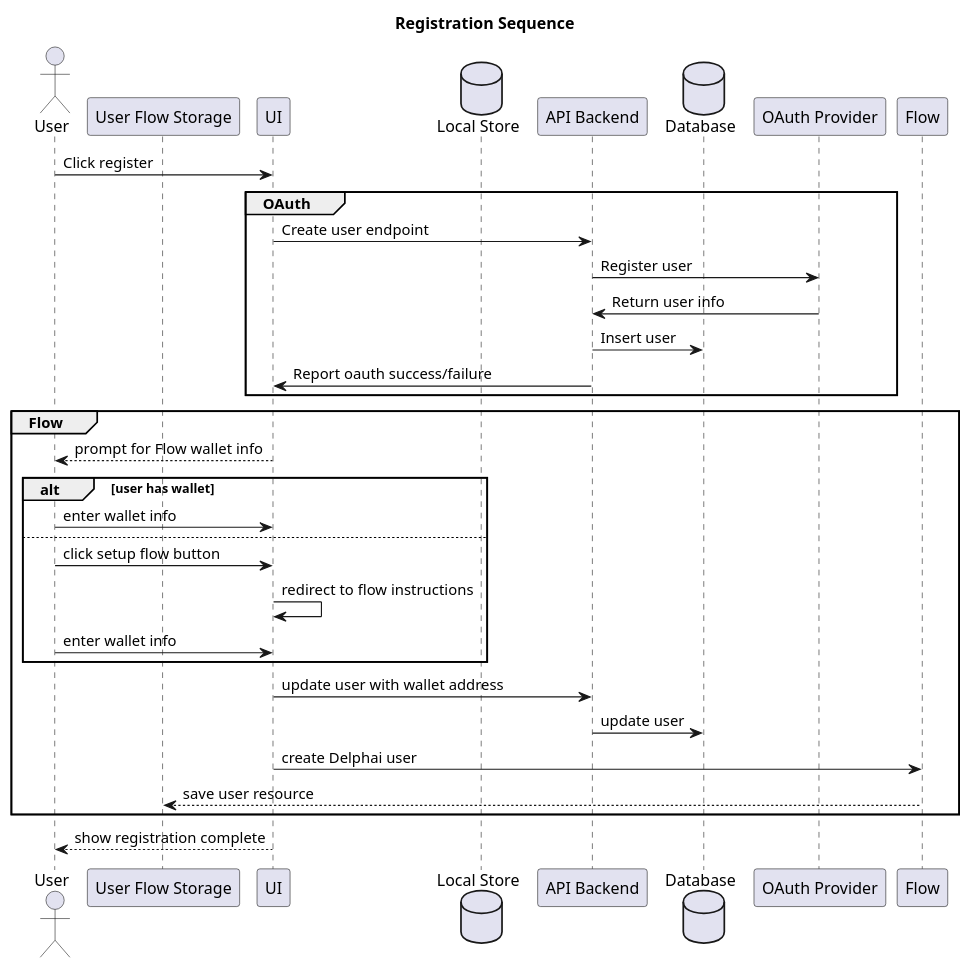
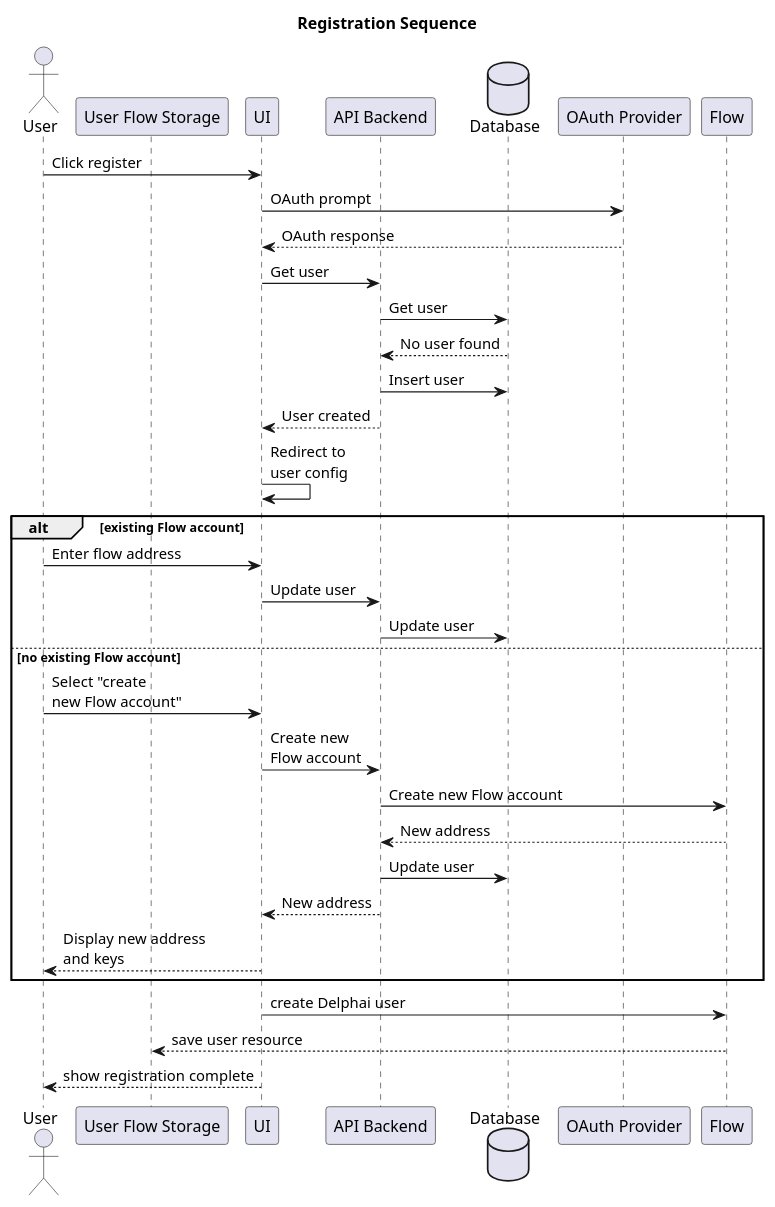
Before and after one commit to adhurjaty/prediction-app: the diagram in docs/Diagrams/src/UserStories/registration.puml, drawn with PlantUML. The commit also changed 4 other files, not shown here.

Commit message:
update create group and registration diagrams

```diff
--- a/docs/Diagrams/src/UserStories/registration.puml
+++ b/docs/Diagrams/src/UserStories/registration.puml
@@ -1,42 +1,40 @@
 @startuml Registration Sequence
 
 title Registration Sequence
 
 actor User as user
 participant "User Flow Storage" as storage
 participant UI as ui
-database "Local Store" as localstore
 participant "API Backend" as api
 database Database as db
 participant "OAuth Provider" as oauth
 participant Flow as flow
 
 user -> ui : Click register 
 
-group OAuth
-    ui -> api : Create user endpoint
-    api -> oauth : Register user
-    oauth -> api : Return user info
-    api -> db : Insert user
-    api -> ui : Report oauth success/failure
+ui -> oauth : OAuth prompt
+oauth --> ui : OAuth response
+ui -> api : Get user
+api -> db : Get user
+db --> api : No user found
+api -> db : Insert user
+api --> ui : User created
+ui -> ui : Redirect to\nuser config
+alt existing Flow account
+    user -> ui : Enter flow address
+    ui -> api : Update user
+    api -> db : Update user
+else no existing Flow account
+    user -> ui : Select "create\nnew Flow account"
+    ui -> api : Create new\nFlow account
+    api -> flow : Create new Flow account
+    flow --> api : New address
+    api -> db : Update user
+    api --> ui : New address
+    ui --> user : Display new address\nand keys
 end
-
-group Flow
-    ui --> user : prompt for Flow wallet info
-    alt user has wallet
-        user -> ui : enter wallet info
-    else
-        user -> ui : click setup flow button
-        ui -> ui : redirect to flow instructions
-        user -> ui : enter wallet info
-    end
-
-    ui -> api : update user with wallet address
-    api -> db : update user
-    ui -> flow : create Delphai user
-    flow --> storage : save user resource
-end
-
+ui -> flow : create Delphai user
+flow --> storage : save user resource
 ui --> user : show registration complete
 
 @enduml
```
